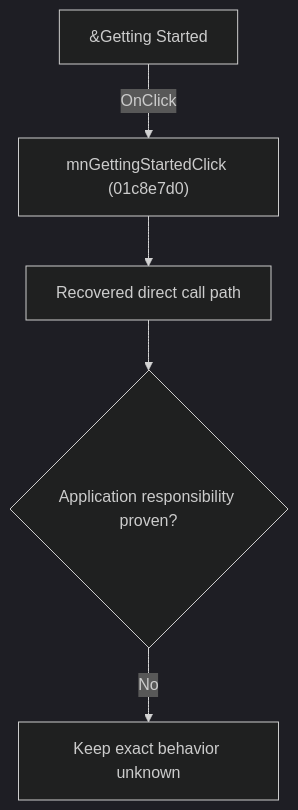
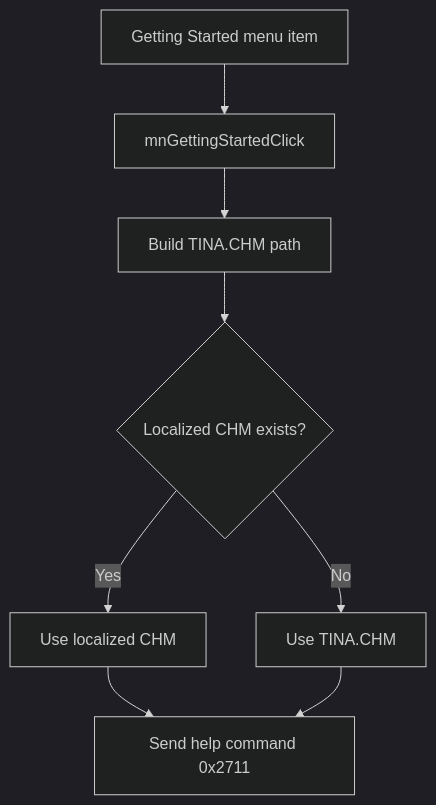
The diagram in docs/ui-controls/schematiceditor/mngettingstarted-e68788da50.md (MovGP0/TIARA), drawn with Mermaid (dark theme) before and after one commit. The commit also changed other lines of this file and 241 other files, not shown here.

````diff
--- a/docs/ui-controls/schematiceditor/mngettingstarted-e68788da50.md
+++ b/docs/ui-controls/schematiceditor/mngettingstarted-e68788da50.md
@@ -27,7 +19,10 @@
 ```mermaid
 flowchart TD
-    control["&Getting Started"] -->|"OnClick"| handler["mnGettingStartedClick (01c8e7d0)"]
-    handler --> recovered["Recovered direct call path"]
-    recovered --> gap{"Application responsibility proven?"}
-    gap -->|"No"| blocked["Keep exact behavior unknown"]
+    control["Getting Started menu item"] --> handler["mnGettingStartedClick"]
+    handler --> path["Build TINA.CHM path"]
+    path --> localized{"Localized CHM exists?"}
+    localized -->|"Yes"| useLocalized["Use localized CHM"]
+    localized -->|"No"| useDefault["Use TINA.CHM"]
+    useLocalized --> dispatch["Send help command 0x2711"]
+    useDefault --> dispatch
 ```
````
